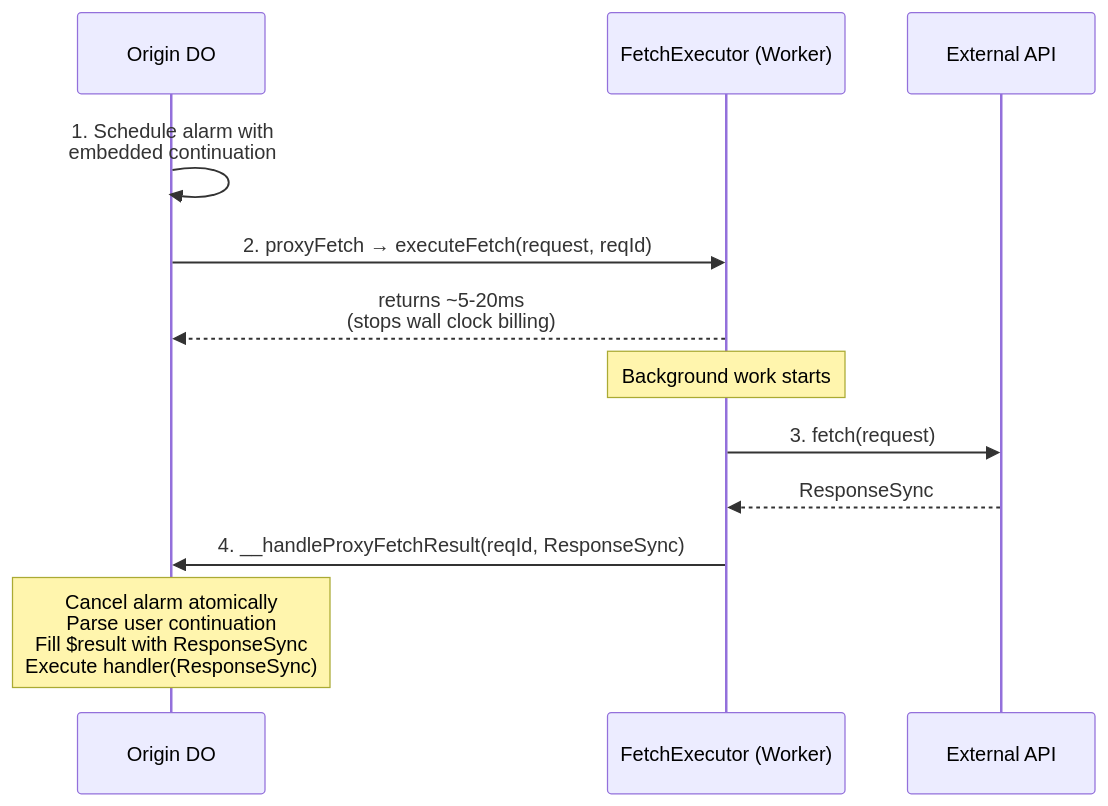
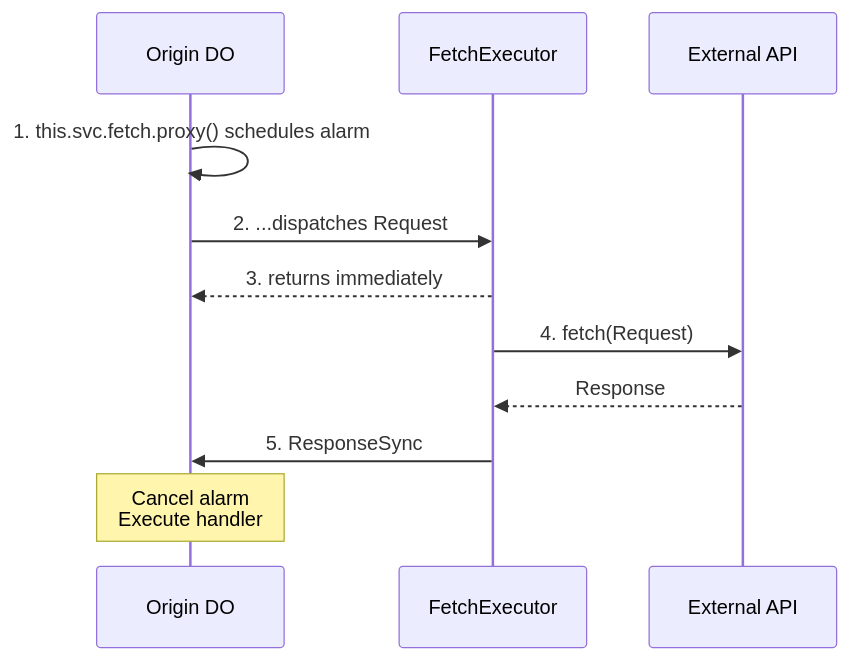
One commit to lumenize/lumenize changed the first of 4 diagrams in website/docs/fetch/architecture-and-failure-modes.mdx. Above: the diagram before and after it, drawn with Mermaid. The commit also changed other lines of this file and 384 other files, not shown here.

````diff
--- a/website/docs/fetch/architecture-and-failure-modes.mdx
+++ b/website/docs/fetch/architecture-and-failure-modes.mdx
@@ -237,17 +17,16 @@
-```mermaid @skip-check
+```mermaid
 sequenceDiagram
     participant Origin as Origin DO
-    participant Exec as FetchExecutor (Worker)
+    participant Exec as FetchExecutor
     participant API as External API
 
-    Origin->>Origin: 1. Schedule alarm with<br/>embedded continuation
-    Origin->>Exec: 2. proxyFetch → executeFetch(request, reqId)
-    Exec-->>Origin: returns ~5-20ms<br/>(stops wall clock billing)
-    
-    Note over Exec: Background work starts
-    Exec->>API: 3. fetch(request)
-    API-->>Exec: ResponseSync
-    
-    Exec->>Origin: 4. __handleProxyFetchResult(reqId, ResponseSync)
-    Note over Origin: Cancel alarm atomically<br/>Parse user continuation<br/>Fill $result with ResponseSync<br/>Execute handler(ResponseSync)
+    Origin->>Origin: 1. this.svc.fetch.proxy() schedules alarm
+    Origin->>Exec: 2. ...dispatches Request
+    Exec-->>Origin: 3. returns immediately
+
+    Exec->>API: 4. fetch(Request)
+    API-->>Exec: Response
+
+    Exec->>Origin: 5. ResponseSync
+    Note over Origin: Cancel alarm<br/>Execute handler
 ```
````
